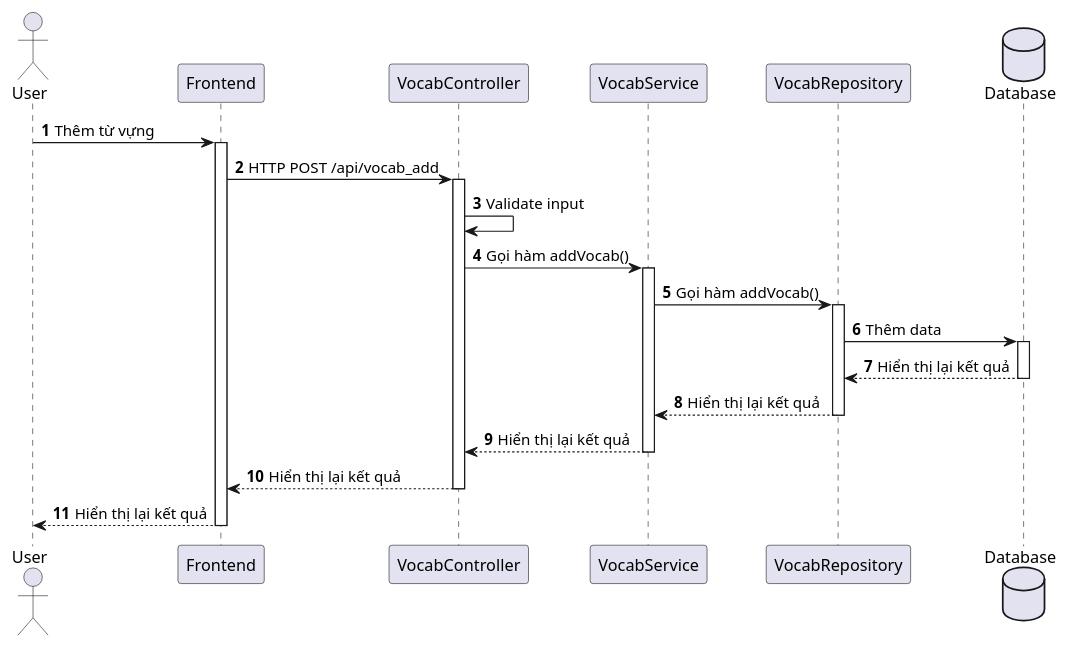
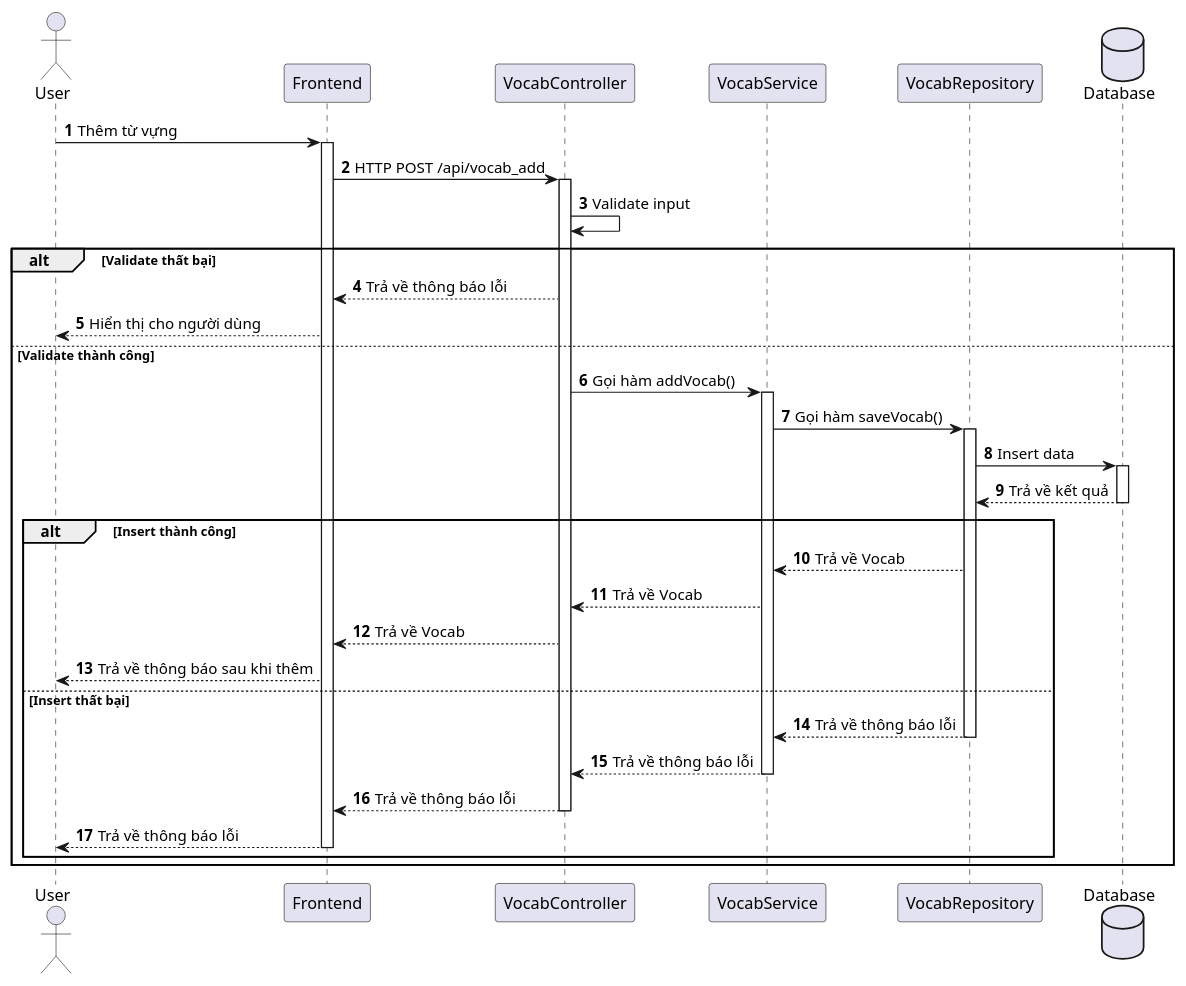
Before and after one commit to Annthe160639/japanese-app: the diagram in japanese-app/plant_uml/vocab/Add_Vocab.puml, drawn with PlantUML.

Commit message:
update 25/10 add_vocab by Minh

```diff
--- a/japanese-app/plant_uml/vocab/Add_Vocab.puml
+++ b/japanese-app/plant_uml/vocab/Add_Vocab.puml
@@ -1,28 +1,43 @@
 @startuml
 'https://plantuml.com/sequence-diagram
 
 autonumber
 
 actor User
 participant "Frontend" as Frontend
 participant "VocabController" as Controller
 participant "VocabService" as Service
 participant "VocabRepository" as Repository
 database Database
 
 autonumber
 User -> Frontend++: Thêm từ vựng
 
 Frontend -> Controller++: HTTP POST /api/vocab_add
 Controller -> Controller: Validate input
+alt Validate thất bại
+    Controller --> Frontend: Trả về thông báo lỗi
+    Frontend --> User: Hiển thị cho người dùng
 
-Controller -> Service++: Gọi hàm addVocab()
-Service -> Repository++: Gọi hàm addVocab()
-Repository -> Database++: Thêm data
-Database --> Repository--: Hiển thị lại kết quả
-Repository --> Service--: Hiển thị lại kết quả
-Service --> Controller--: Hiển thị lại kết quả
-Controller --> Frontend--: Hiển thị lại kết quả
-Frontend --> User--: Hiển thị lại kết quả
+else Validate thành công
+    Controller -> Service++: Gọi hàm addVocab()
+    Service -> Repository++: Gọi hàm saveVocab()
+    Repository -> Database++: Insert data
+    Database --> Repository--: Trả về kết quả
+
+    alt Insert thành công
+        Repository --> Service: Trả về Vocab
+        Service --> Controller: Trả về Vocab
+        Controller --> Frontend: Trả về Vocab
+        Frontend --> User: Trả về thông báo sau khi thêm
+
+    else Insert thất bại
+        Repository --> Service: Trả về thông báo lỗi
+        deactivate Repository
+        Service --> Controller--: Trả về thông báo lỗi
+        Controller --> Frontend--: Trả về thông báo lỗi
+        Frontend --> User--: Trả về thông báo lỗi
+    end
+end
 
 @enduml
```
